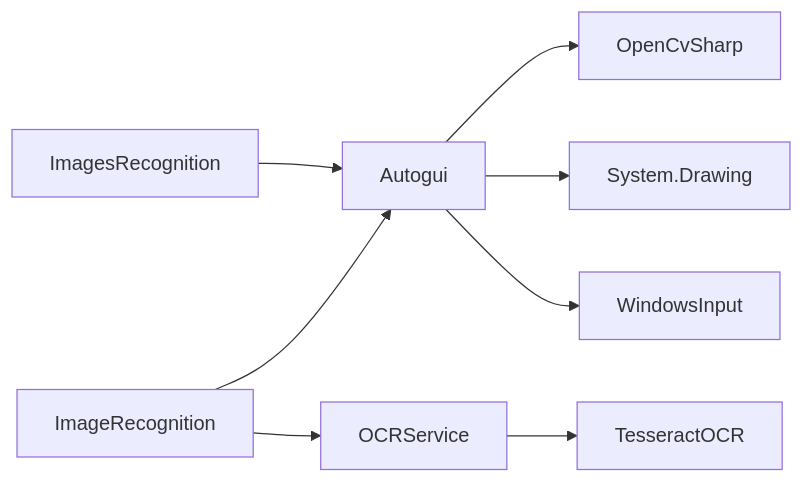
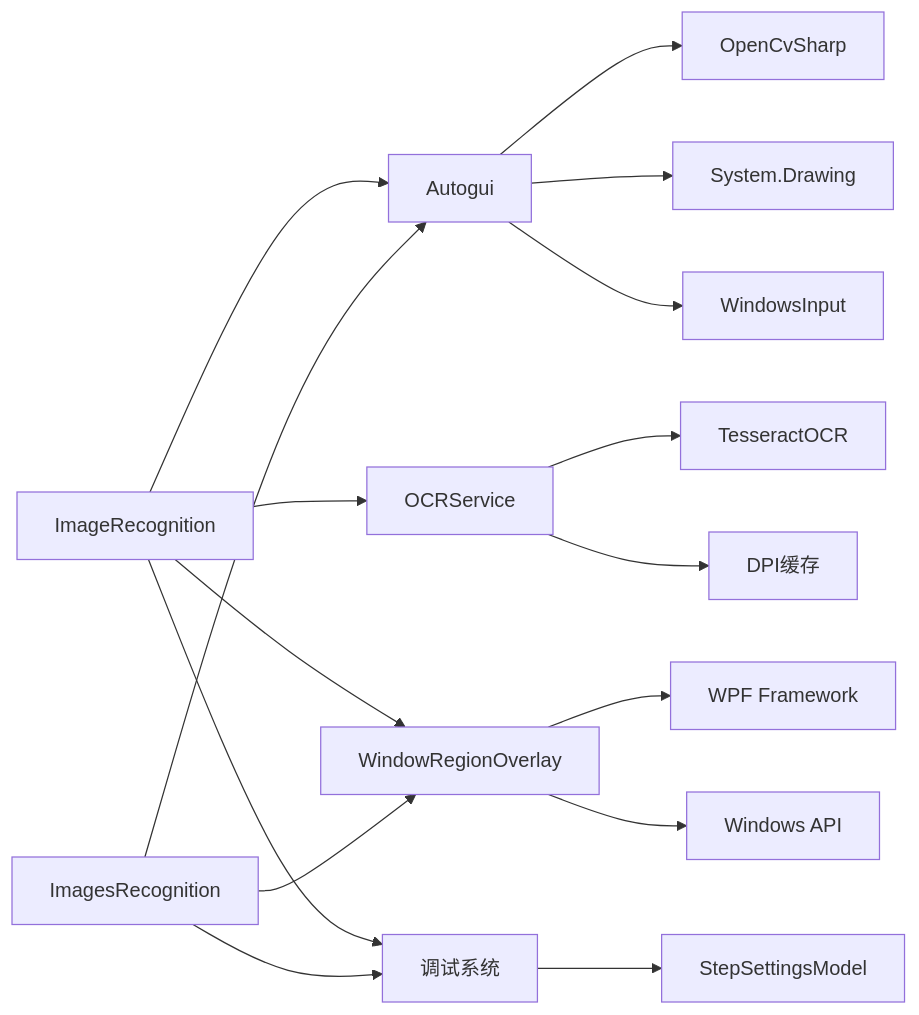
Diagram 11 of 11 in .qoder/repowiki/zh/content/图像识别引擎/图像识别引擎.md (yooxii/ShaoLuAuto), drawn with Mermaid before and after one commit. The commit also changed other lines of this file and 45 other files, not shown here.

````diff
--- a/.qoder/repowiki/zh/content/图像识别引擎/图像识别引擎.md
+++ b/.qoder/repowiki/zh/content/图像识别引擎/图像识别引擎.md
@@ -305,10 +475,18 @@
 ```mermaid
 graph LR
 VM_Find["ImageRecognition"] --> AG["Autogui"]
 VM_Multi["ImagesRecognition"] --> AG
 AG --> OpenCV["OpenCvSharp"]
 AG --> GDI["System.Drawing"]
 AG --> Input["WindowsInput"]
 VM_Find --> OCR["OCRService"]
+VM_Find --> Overlay["WindowRegionOverlay"]
+VM_Multi --> Overlay
+VM_Find --> Debug["调试系统"]
+VM_Multi --> Debug
 OCR --> Tess["TesseractOCR"]
+OCR --> DPI["DPI缓存"]
+Overlay --> WPF["WPF Framework"]
+Overlay --> WinAPI["Windows API"]
+Debug --> Settings["StepSettingsModel"]
 ```
````
